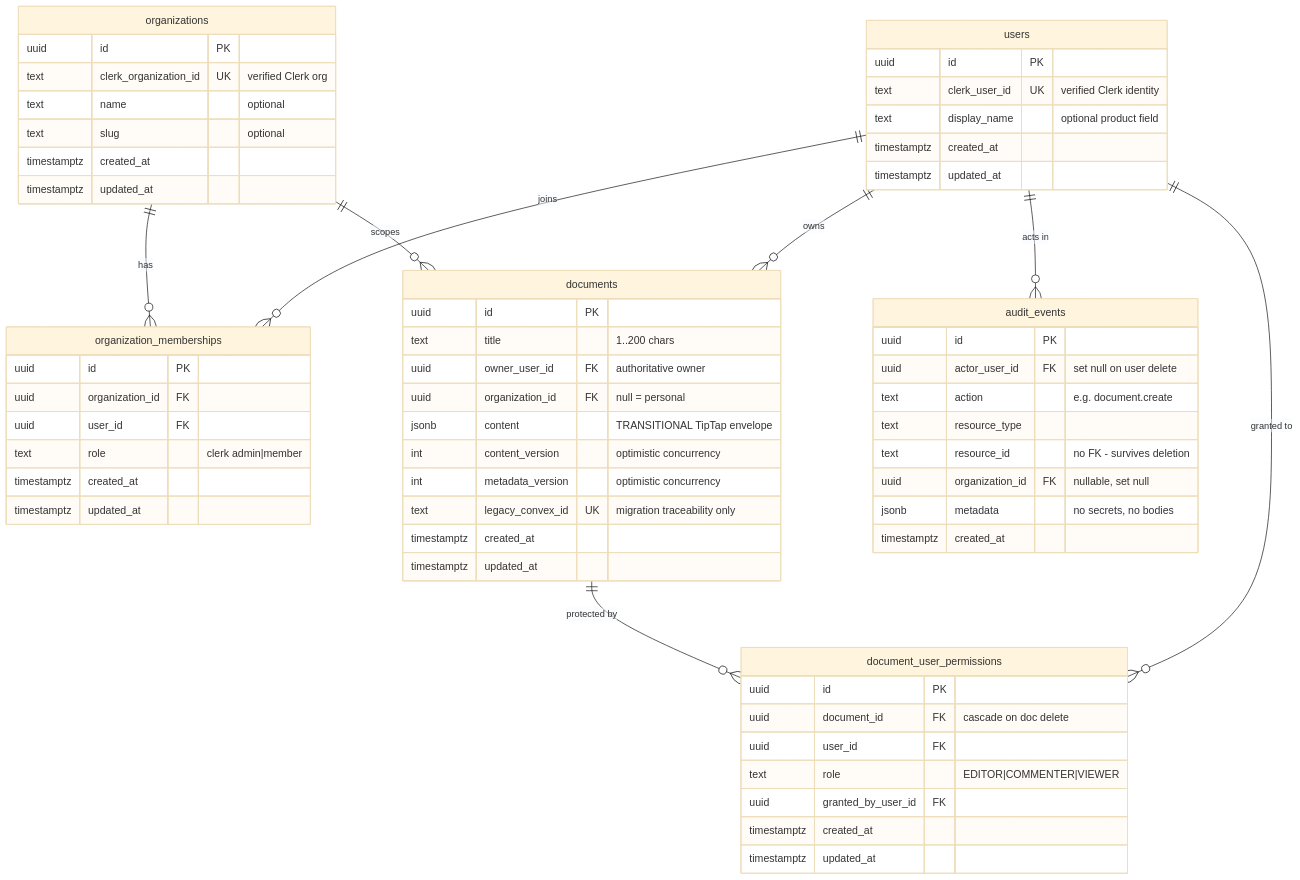
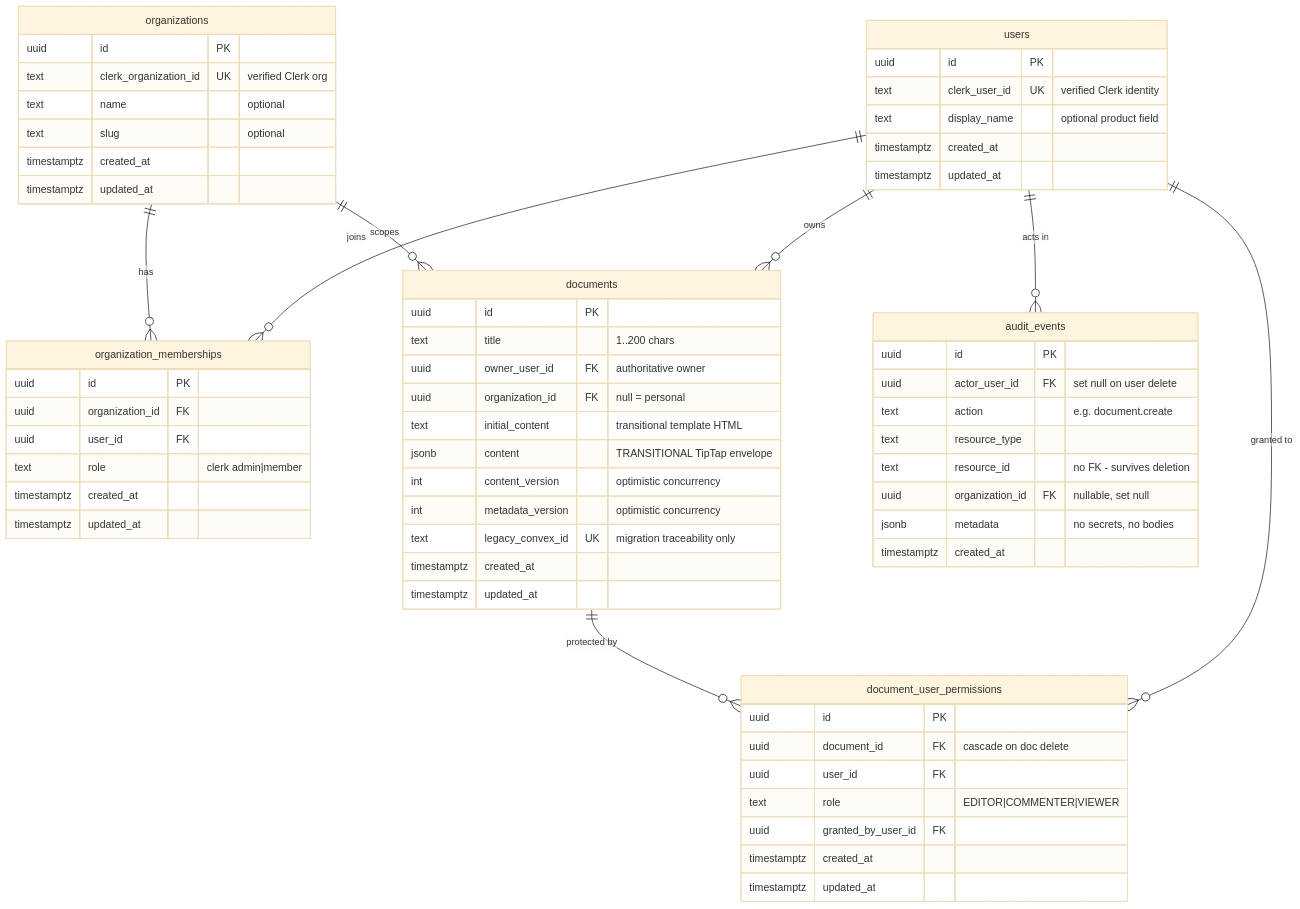
The diagram in docs/DATABASE.md (UtkarsHMer05/Concord-Dev), drawn with Mermaid (base theme) before and after one commit. The commit also changed other lines of this file and 6 other files, not shown here.

First line of the commit message:
docs: Phase 1 outcome — PostgreSQL architecture, decisions, migration results

````diff
--- a/docs/DATABASE.md
+++ b/docs/DATABASE.md
@@ -32,65 +32,66 @@
 ```mermaid
 erDiagram
     users ||--o{ organization_memberships : "joins"
     organizations ||--o{ organization_memberships : "has"
     users ||--o{ documents : "owns"
     organizations ||--o{ documents : "scopes"
     users ||--o{ document_user_permissions : "granted to"
     documents ||--o{ document_user_permissions : "protected by"
     users ||--o{ audit_events : "acts in"
 
     users {
         uuid id PK
         text clerk_user_id UK "verified Clerk identity"
         text display_name "optional product field"
         timestamptz created_at
         timestamptz updated_at
     }
     organizations {
         uuid id PK
         text clerk_organization_id UK "verified Clerk org"
         text name "optional"
         text slug "optional"
         timestamptz created_at
         timestamptz updated_at
     }
     organization_memberships {
         uuid id PK
         uuid organization_id FK
         uuid user_id FK
         text role "clerk admin|member"
         timestamptz created_at
         timestamptz updated_at
     }
     documents {
         uuid id PK
         text title "1..200 chars"
         uuid owner_user_id FK "authoritative owner"
         uuid organization_id FK "null = personal"
+        text initial_content "transitional template HTML"
         jsonb content "TRANSITIONAL TipTap envelope"
         int content_version "optimistic concurrency"
         int metadata_version "optimistic concurrency"
         text legacy_convex_id UK "migration traceability only"
         timestamptz created_at
         timestamptz updated_at
     }
     document_user_permissions {
         uuid id PK
         uuid document_id FK "cascade on doc delete"
         uuid user_id FK
         text role "EDITOR|COMMENTER|VIEWER"
         uuid granted_by_user_id FK
         timestamptz created_at
         timestamptz updated_at
     }
     audit_events {
         uuid id PK
         uuid actor_user_id FK "set null on user delete"
         text action "e.g. document.create"
         text resource_type
         text resource_id "no FK - survives deletion"
         uuid organization_id FK "nullable, set null"
         jsonb metadata "no secrets, no bodies"
         timestamptz created_at
     }
 ```
````
